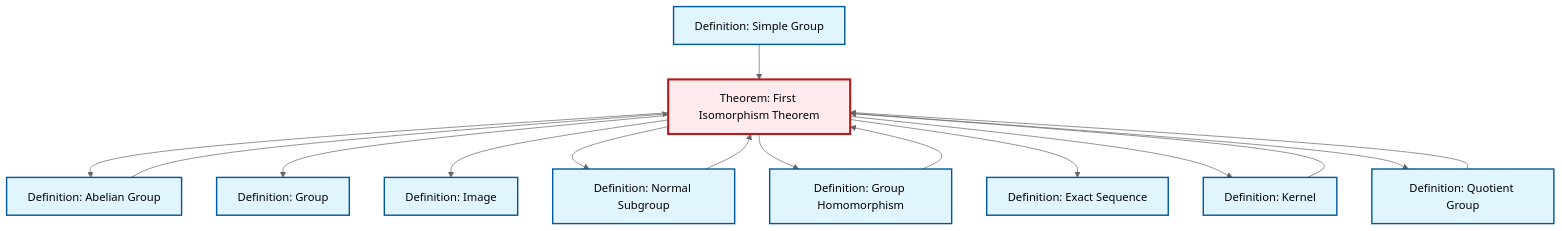
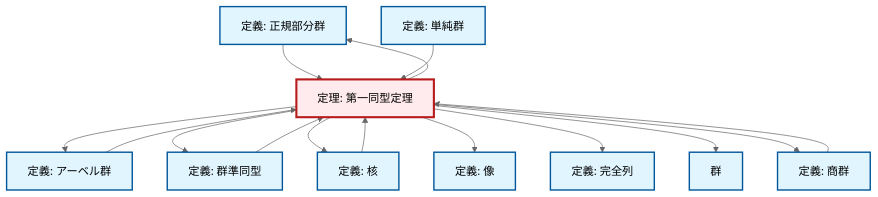
The diagram in content/ja/algebra/thm-first-isomorphism.qmd (RK0429/ModernMath), drawn with Mermaid (neutral theme) before and after one commit. The commit also changed 1069 other files, not shown here.

````diff
--- a/content/ja/algebra/thm-first-isomorphism.qmd
+++ b/content/ja/algebra/thm-first-isomorphism.qmd
@@ -110,43 +110,43 @@
 ```{mermaid}
 %%| fig-cap: "Local dependency graph"
 graph TD
     classDef definition fill:#e1f5fe,stroke:#01579b,stroke-width:2px
     classDef theorem fill:#f3e5f5,stroke:#4a148c,stroke-width:2px
     classDef axiom fill:#fff3e0,stroke:#e65100,stroke-width:2px
     classDef example fill:#e8f5e9,stroke:#1b5e20,stroke-width:2px
     classDef current fill:#ffebee,stroke:#b71c1c,stroke-width:3px
-    def-simple-group["Definition: Simple Group"]:::definition
-    def-image["Definition: Image"]:::definition
-    thm-first-isomorphism["Theorem: First Isomorphism Theorem"]:::theorem
-    def-group["Definition: Group"]:::definition
-    def-quotient-group["Definition: Quotient Group"]:::definition
-    def-kernel["Definition: Kernel"]:::definition
-    def-homomorphism["Definition: Group Homomorphism"]:::definition
-    def-normal-subgroup["Definition: Normal Subgroup"]:::definition
-    def-abelian-group["Definition: Abelian Group"]:::definition
-    def-exact-sequence["Definition: Exact Sequence"]:::definition
+    def-image["定義: 像"]:::definition
+    def-normal-subgroup["定義: 正規部分群"]:::definition
+    def-exact-sequence["定義: 完全列"]:::definition
+    thm-first-isomorphism["定理: 第一同型定理"]:::theorem
+    def-quotient-group["定義: 商群"]:::definition
+    def-abelian-group["定義: アーベル群"]:::definition
+    def-homomorphism["定義: 群準同型"]:::definition
+    def-simple-group["定義: 単純群"]:::definition
+    def-kernel["定義: 核"]:::definition
+    def-group["群"]:::definition
     thm-first-isomorphism --> def-abelian-group
-    thm-first-isomorphism --> def-group
-    def-quotient-group --> thm-first-isomorphism
-    def-homomorphism --> thm-first-isomorphism
+    thm-first-isomorphism --> def-homomorphism
     def-normal-subgroup --> thm-first-isomorphism
-    thm-first-isomorphism --> def-image
-    thm-first-isomorphism --> def-normal-subgroup
-    thm-first-isomorphism --> def-homomorphism
-    thm-first-isomorphism --> def-exact-sequence
     def-simple-group --> thm-first-isomorphism
     thm-first-isomorphism --> def-kernel
+    def-quotient-group --> thm-first-isomorphism
+    thm-first-isomorphism --> def-image
+    thm-first-isomorphism --> def-exact-sequence
+    def-kernel --> thm-first-isomorphism
     def-abelian-group --> thm-first-isomorphism
-    def-kernel --> thm-first-isomorphism
+    def-homomorphism --> thm-first-isomorphism
+    thm-first-isomorphism --> def-group
+    thm-first-isomorphism --> def-normal-subgroup
     thm-first-isomorphism --> def-quotient-group
     class thm-first-isomorphism current
-    click def-simple-group "def-simple-group.html" "Definition: Simple Groupへ"
-    click def-image "def-image.html" "Definition: Imageへ"
-    click def-group "def-group.html" "Definition: Groupへ"
-    click def-quotient-group "def-quotient-group.html" "Definition: Quotient Groupへ"
-    click def-kernel "def-kernel.html" "Definition: Kernelへ"
-    click def-homomorphism "def-homomorphism.html" "Definition: Group Homomorphismへ"
-    click def-normal-subgroup "def-normal-subgroup.html" "Definition: Normal Subgroupへ"
-    click def-abelian-group "def-abelian-group.html" "Definition: Abelian Groupへ"
-    click def-exact-sequence "def-exact-sequence.html" "Definition: Exact Sequenceへ"
+    click def-image "def-image.html" "像の定義へ"
+    click def-normal-subgroup "def-normal-subgroup.html" "正規部分群の定義へ"
+    click def-exact-sequence "def-exact-sequence.html" "完全列の定義へ"
+    click def-quotient-group "def-quotient-group.html" "商群の定義へ"
+    click def-abelian-group "def-abelian-group.html" "アーベル群の定義へ"
+    click def-homomorphism "def-homomorphism.html" "群準同型の定義へ"
+    click def-simple-group "def-simple-group.html" "単純群の定義へ"
+    click def-kernel "def-kernel.html" "核の定義へ"
+    click def-group "def-group.html" "群へ"
 ```
````
